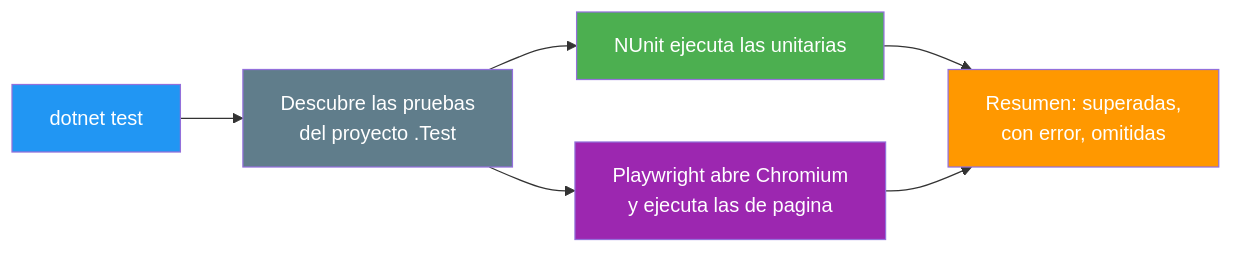
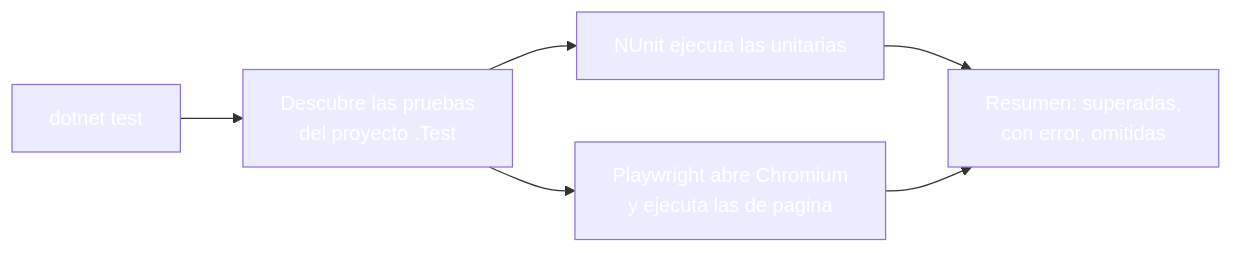
The fifth of 5 diagrams in 24-testing-documentacion.md (joseluisgs/DesarrolloWebEntornosServidor-03-2026-2027), drawn with Mermaid before and after one commit. The commit also changed other lines of this file and 30 other files, not shown here.

````diff
--- a/24-testing-documentacion.md
+++ b/24-testing-documentacion.md
@@ -419,13 +419,13 @@
 ```mermaid
 graph LR
     T["dotnet test"] --> D["Descubre las pruebas<br/>del proyecto .Test"]
     D --> N["NUnit ejecuta las unitarias"]
     D --> P["Playwright abre Chromium<br/>y ejecuta las de pagina"]
     N --> R["Resumen: superadas,<br/>con error, omitidas"]
     P --> R
-    style T fill:#2196F3,color:#fff
-    style D fill:#607D8B,color:#fff
-    style N fill:#4CAF50,color:#fff
-    style P fill:#9C27B0,color:#fff
-    style R fill:#FF9800,color:#fff
+    style T fill:#2196F,color:#fff3,color:#fff
+    style D fill:#607D8,color:#fffB,color:#fff
+    style N fill:#4CAF5,color:#fff0,color:#fff
+    style P fill:#9C27B,color:#fff0,color:#fff
+    style R fill:#FF980,color:#fff0,color:#fff
 ```
````
